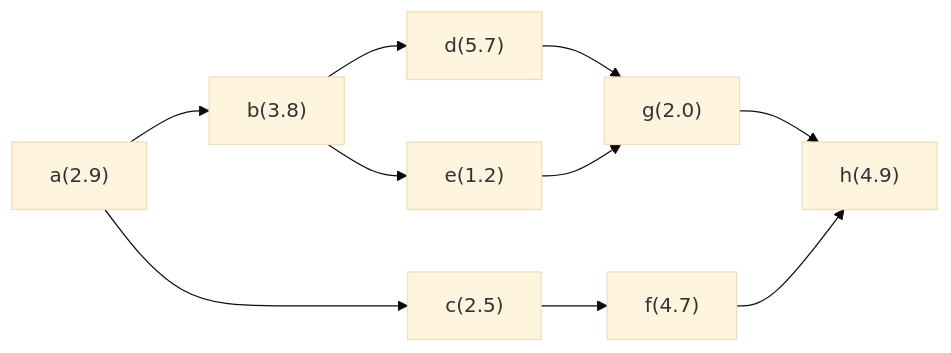
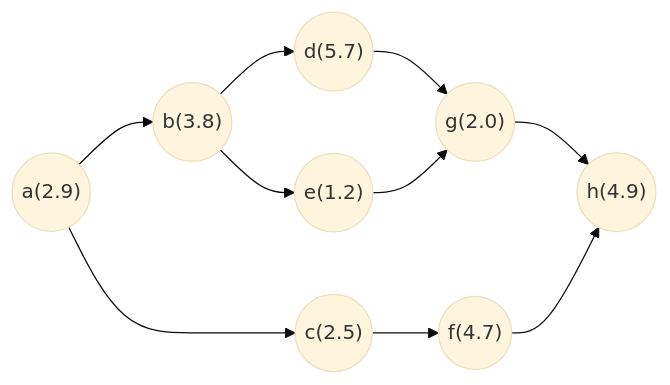
The first of 3 diagrams in 第一次試験/運営管理/計算.md (RintaroKatagiri/SMEC), drawn with Mermaid (base theme) before and after one commit. The commit also changed other lines of this file and 15 other files, not shown here.

````diff
--- a/第一次試験/運営管理/計算.md
+++ b/第一次試験/運営管理/計算.md
@@ -399,21 +399,5 @@
 ```mermaid
 flowchart LR
-    A["a(2.9)"]
-    B["b(3.8)"]
-    C["c(2.5)"]
-    D["d(5.7)"]
-    E["e(1.2)"]
-    F["f(4.7)"]
-    G["g(2.0)"]
-    H["h(4.9)"]
-
-    A --> B
-    A --> C
-    B --> D
-    B --> E
-    C --> F
-    D --> G
-    E --> G
-    G --> H
-    F --> H
+A(("a(2.9)"));B(("b(3.8)"));C(("c(2.5)"));D(("d(5.7)"));E(("e(1.2)"));F(("f(4.7)"));G(("g(2.0)"));H(("h(4.9)"));
+A --> B;A --> C;B --> D;B --> E;C --> F;D --> G;E --> G;G --> H;F --> H;
 ```
````
